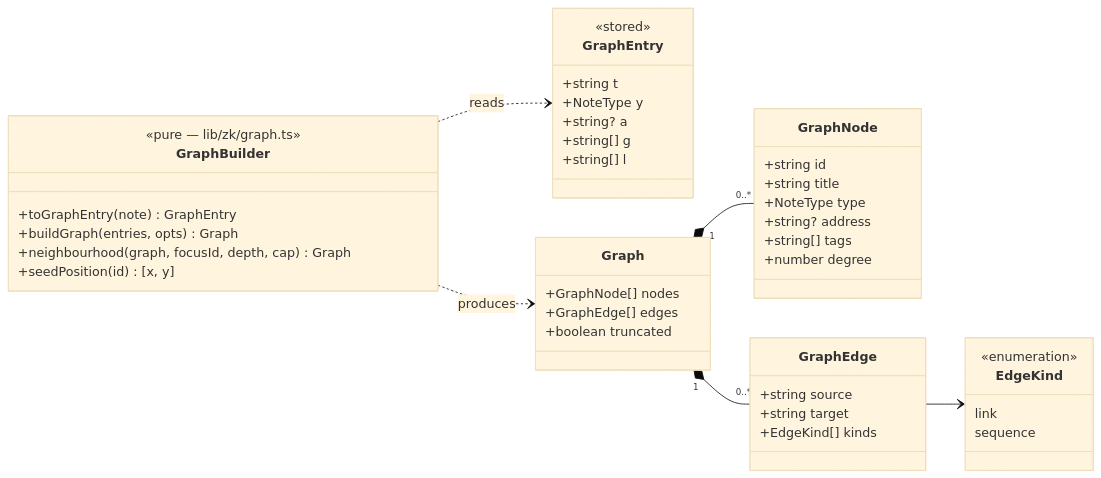
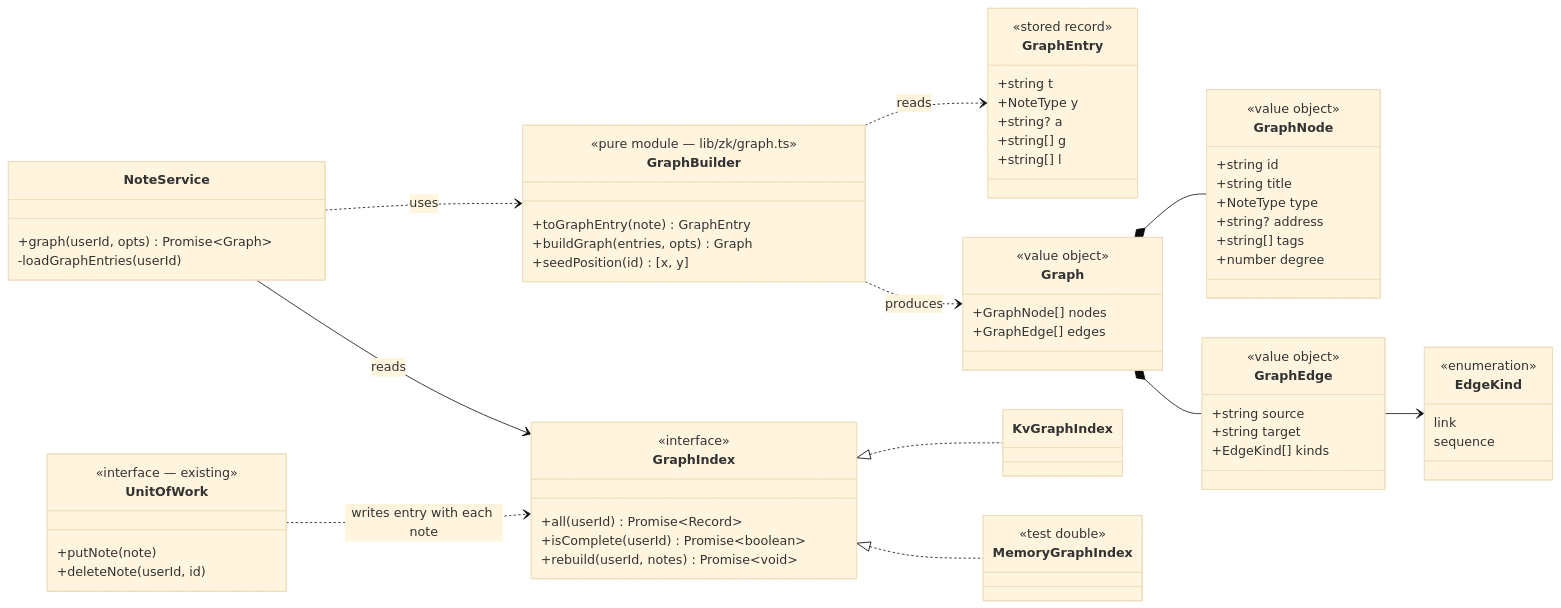
One commit to Parthgrow/revision-app changed the second of 4 diagrams in docs/zettelkasten-graph-lld.md. Above: the diagram before and after it, drawn with Mermaid (base theme). The commit also changed other lines of this file, not shown here.

First line of the commit message:
docs(zk): narrow graph design to the whole-collection view

````diff
--- a/docs/zettelkasten-graph-lld.md
+++ b/docs/zettelkasten-graph-lld.md
@@ -119,54 +120,74 @@
 ```mermaid
 classDiagram
   direction LR
 
   class GraphEntry {
-    <<stored>>
+    <<stored record>>
     +string t
     +NoteType y
     +string? a
     +string[] g
     +string[] l
   }
-
   class GraphNode {
+    <<value object>>
     +string id
     +string title
     +NoteType type
     +string? address
     +string[] tags
     +number degree
   }
-
+  class GraphEdge {
+    <<value object>>
+    +string source
+    +string target
+    +EdgeKind[] kinds
+  }
+  class Graph {
+    <<value object>>
+    +GraphNode[] nodes
+    +GraphEdge[] edges
+  }
   class EdgeKind {
     <<enumeration>>
     link
     sequence
   }
-
-  class GraphEdge {
-    +string source
-    +string target
-    +EdgeKind[] kinds
+  class GraphBuilder {
+    <<pure module — lib/zk/graph.ts>>
+    +toGraphEntry(note) GraphEntry
+    +buildGraph(entries, opts) Graph
+    +seedPosition(id) [x, y]
+  }
+  class GraphIndex {
+    <<interface>>
+    +all(userId) Promise~Record~
+    +isComplete(userId) Promise~boolean~
+    +rebuild(userId, notes) Promise~void~
+  }
+  class KvGraphIndex
+  class MemoryGraphIndex {
+    <<test double>>
+  }
+  class UnitOfWork {
+    <<interface — existing>>
+    +putNote(note)
+    +deleteNote(userId, id)
+  }
+  class NoteService {
+    +graph(userId, opts) Promise~Graph~
+    -loadGraphEntries(userId)
   }
 
-  class Graph {
-    +GraphNode[] nodes
-    +GraphEdge[] edges
-    +boolean truncated
-  }
-
-  class GraphBuilder {
-    <<pure — lib/zk/graph.ts>>
-    +toGraphEntry(note) GraphEntry
-    +buildGraph(entries, opts) Graph
-    +neighbourhood(graph, focusId, depth, cap) Graph
-    +seedPosition(id) [x, y]
-  }
-
-  Graph "1" *-- "0..*" GraphNode
-  Graph "1" *-- "0..*" GraphEdge
+  Graph *-- GraphNode
+  Graph *-- GraphEdge
   GraphEdge --> EdgeKind
+  GraphIndex <|.. KvGraphIndex
+  GraphIndex <|.. MemoryGraphIndex
+  NoteService --> GraphIndex : reads
+  NoteService ..> GraphBuilder : uses
+  UnitOfWork ..> GraphIndex : writes entry with each note
   GraphBuilder ..> GraphEntry : reads
   GraphBuilder ..> Graph : produces
 ```
````
